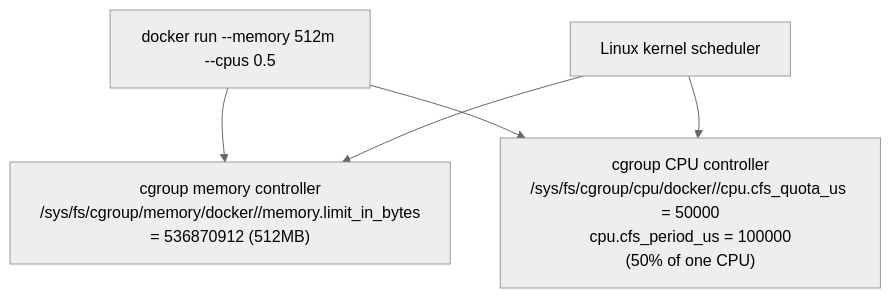
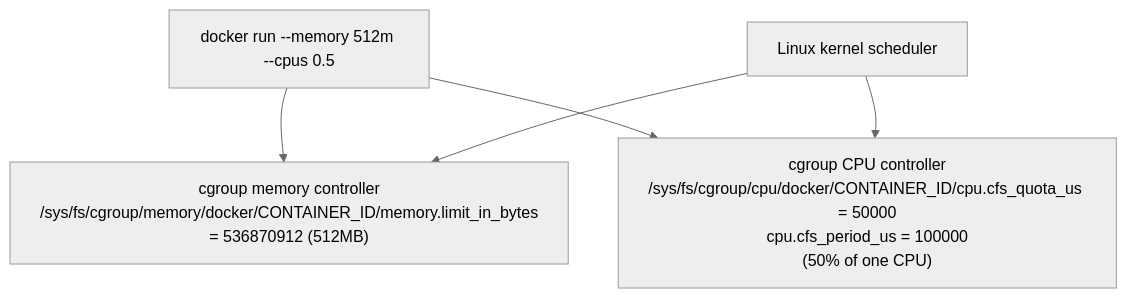
Before and after one commit to deepanshu-rawat6/tour-of-go: the third of 5 diagrams in devops/docker/internals.md, drawn with Mermaid (neutral theme). The commit also changed other lines of this file and 25 other files, not shown here.

````diff
--- a/devops/docker/internals.md
+++ b/devops/docker/internals.md
@@ -95,7 +95,7 @@
 ```mermaid
 graph TD
-    DOCKER["docker run --memory 512m --cpus 0.5"] --> CG_MEM["cgroup memory controller<br>/sys/fs/cgroup/memory/docker/<id>/memory.limit_in_bytes<br>= 536870912 (512MB)"]
-    DOCKER --> CG_CPU["cgroup CPU controller<br>/sys/fs/cgroup/cpu/docker/<id>/cpu.cfs_quota_us = 50000<br>cpu.cfs_period_us = 100000<br>(50% of one CPU)"]
+    DOCKER["docker run --memory 512m --cpus 0.5"] --> CG_MEM["cgroup memory controller<br>/sys/fs/cgroup/memory/docker/CONTAINER_ID/memory.limit_in_bytes<br>= 536870912 (512MB)"]
+    DOCKER --> CG_CPU["cgroup CPU controller<br>/sys/fs/cgroup/cpu/docker/CONTAINER_ID/cpu.cfs_quota_us = 50000<br>cpu.cfs_period_us = 100000<br>(50% of one CPU)"]
     KERNEL["Linux kernel scheduler"] --> CG_CPU
     KERNEL --> CG_MEM
 ```
````
